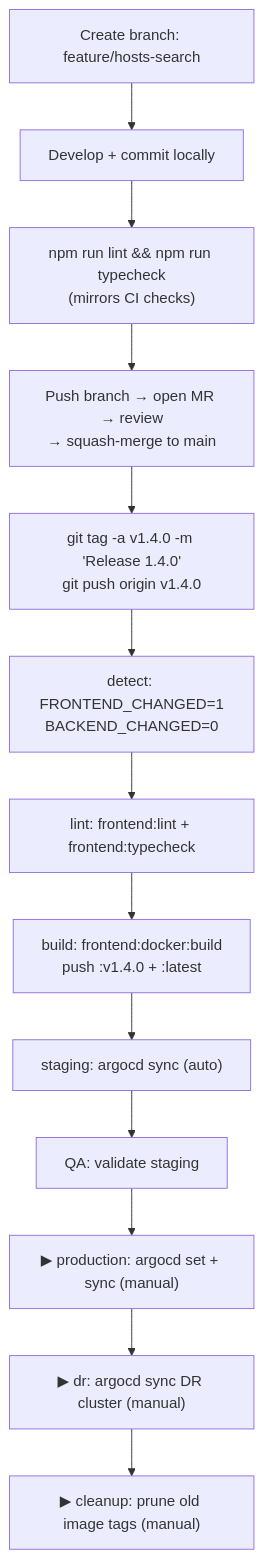
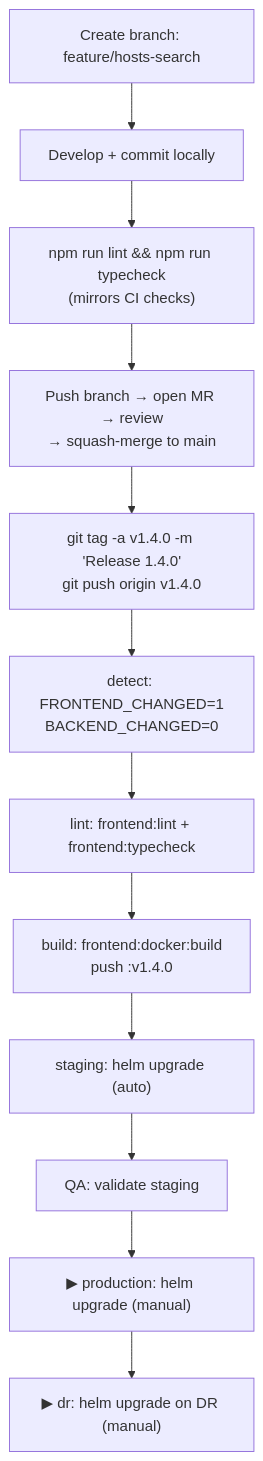
The seventh of 7 diagrams in WORKFLOW.md (OpenClawXX/Zabbix_Portal), drawn with Mermaid before and after one commit. The commit also changed other lines of this file and 47 other files, not shown here.

Commit message:
added more functionality: graphs, notification,metrics, ect

````diff
--- a/WORKFLOW.md
+++ b/WORKFLOW.md
@@ -274,15 +295,14 @@
 ```mermaid
 flowchart TD
     A["Create branch: feature/hosts-search"] --> B["Develop + commit locally"]
     B --> C["npm run lint && npm run typecheck\n(mirrors CI checks)"]
     C --> D["Push branch → open MR → review\n→ squash-merge to main"]
     D --> E["git tag -a v1.4.0 -m 'Release 1.4.0'\ngit push origin v1.4.0"]
     E --> F["detect: FRONTEND_CHANGED=1\nBACKEND_CHANGED=0"]
     F --> G["lint: frontend:lint + frontend:typecheck"]
-    G --> H["build: frontend:docker:build\npush :v1.4.0 + :latest"]
-    H --> I["staging: argocd sync (auto)"]
+    G --> H["build: frontend:docker:build\npush :v1.4.0"]
+    H --> I["staging: helm upgrade (auto)"]
     I --> J["QA: validate staging"]
-    J --> K["▶ production: argocd set + sync (manual)"]
-    K --> L["▶ dr: argocd sync DR cluster (manual)"]
-    L --> M["▶ cleanup: prune old image tags (manual)"]
+    J --> K["▶ production: helm upgrade (manual)"]
+    K --> L["▶ dr: helm upgrade on DR (manual)"]
 ```
````
